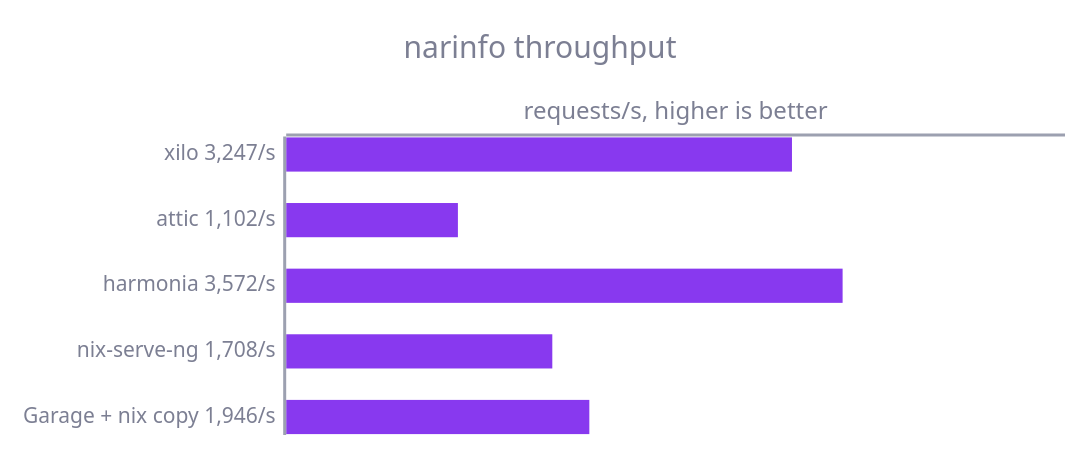
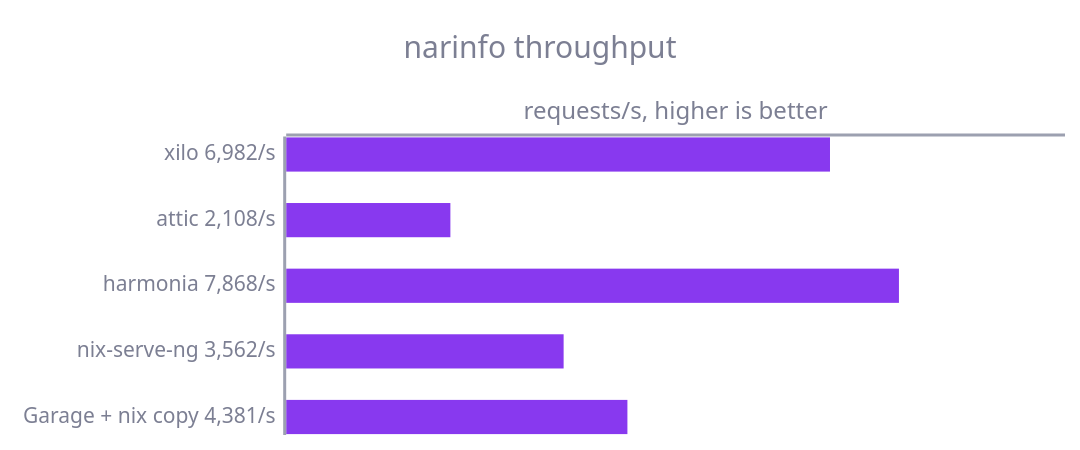
The first of 8 diagrams in README.md (stubbedev/xilo), drawn with Mermaid before and after one commit. The commit also changed other lines of this file and 2 other files, not shown here.

````diff
--- a/README.md
+++ b/README.md
@@ -108,8 +108,8 @@
 ```mermaid
 %%{init: {"theme": "base", "themeVariables": {"xyChart": {"backgroundColor": "transparent", "titleColor": "#7c7f93", "xAxisLabelColor": "#7c7f93", "xAxisTitleColor": "#7c7f93", "xAxisLineColor": "#9ca0b0", "yAxisTitleColor": "#7c7f93", "yAxisLineColor": "#9ca0b0", "plotColorPalette": "#8839ef"}}, "xyChart": {"height": 280, "yAxis": {"showLabel": false, "showTick": false}, "xAxis": {"showTick": false}}}}%%
 xychart-beta horizontal
     title "narinfo throughput"
-    x-axis ["xilo  3,247/s", "attic  1,102/s", "harmonia  3,572/s", "nix-serve-ng  1,708/s", "Garage + nix copy  1,946/s"]
-    y-axis "requests/s, higher is better" 0 --> 5000
-    bar [3247.103, 1102.366, 3572.193, 1708.453, 1946.158]
+    x-axis ["xilo  6,982/s", "attic  2,108/s", "harmonia  7,868/s", "nix-serve-ng  3,562/s", "Garage + nix copy  4,381/s"]
+    y-axis "requests/s, higher is better" 0 --> 10000
+    bar [6982.402, 2108.18, 7867.793, 3562.171, 4381.189]
 ```
````
